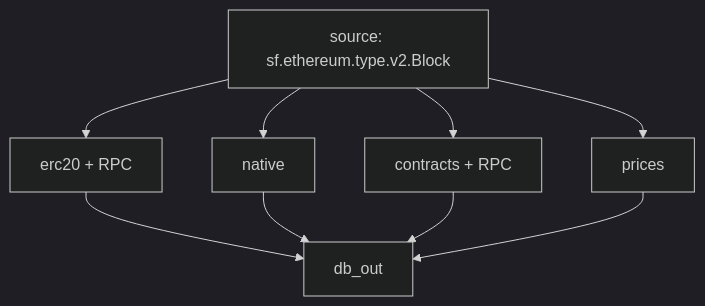
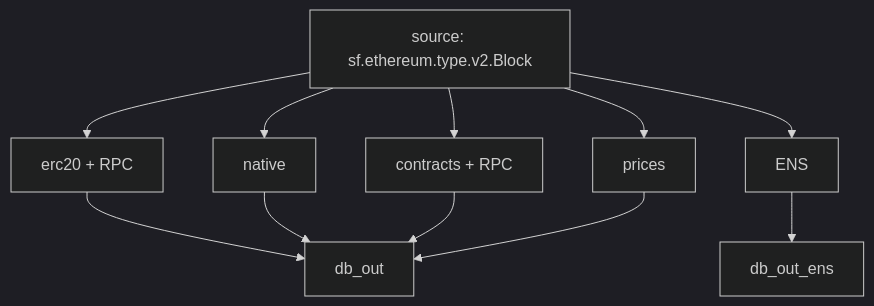
The diagram in README.md (streamingfast/substreams-erc20-balance-changes), drawn with Mermaid (dark theme) before and after one commit. The commit also changed other lines of this file and 34 other files, not shown here.

````diff
--- a/README.md
+++ b/README.md
@@ -24,9 +24,10 @@
 ```mermaid
 graph TD;
   Block[source: sf.ethereum.type.v2.Block]
 
   Block --> erc20[erc20 + RPC] --> db_out;
   Block --> native --> db_out;
   Block --> contracts[contracts + RPC] --> db_out;
   Block --> prices --> db_out;
+  Block --> ens[ENS] --> db_out_ens;
 ```
````
